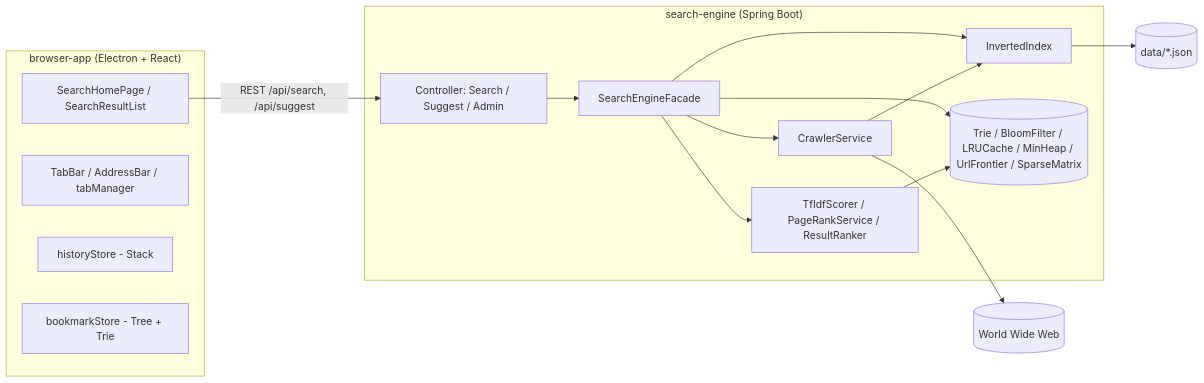
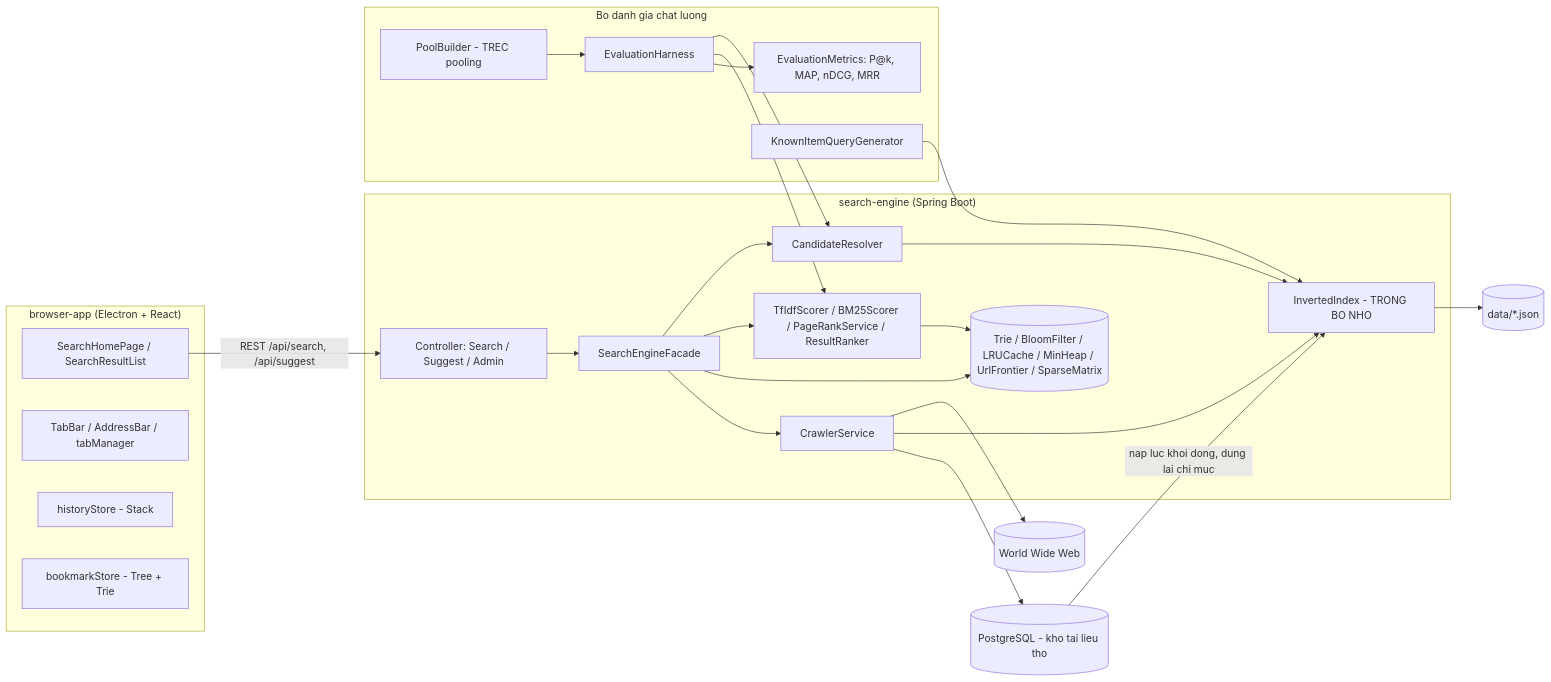
One commit to KietAnhCS/CocCoc-Plus changed the first of 2 diagrams in docs/ARCHITECTURE.md. Above: the diagram before and after it, drawn with Mermaid. The commit also changed other lines of this file and 5 other files, not shown here.

````diff
--- a/docs/ARCHITECTURE.md
+++ b/docs/ARCHITECTURE.md
@@ -5,32 +5,49 @@
 ```mermaid
 flowchart LR
     subgraph Electron["browser-app (Electron + React)"]
         UI[SearchHomePage / SearchResultList]
         Tabs[TabBar / AddressBar / tabManager]
         Hist[historyStore - Stack]
         Bkm[bookmarkStore - Tree + Trie]
     end
 
     subgraph Backend["search-engine (Spring Boot)"]
         Ctl[Controller: Search / Suggest / Admin]
         Facade[SearchEngineFacade]
         Crawl[CrawlerService]
-        Idx[InvertedIndex]
-        Rank[TfIdfScorer / PageRankService / ResultRanker]
+        Resolve[CandidateResolver]
+        Idx[InvertedIndex - TRONG BO NHO]
+        Rank[TfIdfScorer / BM25Scorer / PageRankService / ResultRanker]
         DS[(Trie / BloomFilter / LRUCache / MinHeap / UrlFrontier / SparseMatrix)]
+    end
+
+    subgraph Eval["Bo danh gia chat luong"]
+        Harness[EvaluationHarness]
+        Metrics[EvaluationMetrics: P@k, MAP, nDCG, MRR]
+        Known[KnownItemQueryGenerator]
+        Pool[PoolBuilder - TREC pooling]
     end
 
     Web[(World Wide Web)]
     Data[(data/*.json)]
+    PG[(PostgreSQL - kho tai lieu tho)]
 
     UI -->|REST /api/search, /api/suggest| Ctl
     Ctl --> Facade
-    Facade --> Idx
+    Facade --> Resolve
+    Resolve --> Idx
     Facade --> Rank
     Facade --> DS
     Crawl --> Web
     Facade --> Crawl
     Crawl --> Idx
     Idx --> Data
+    Crawl --> PG
+    PG -->|nap luc khoi dong, dung lai chi muc| Idx
     Rank --> DS
+    Harness --> Resolve
+    Harness --> Rank
+    Known --> Idx
+    Harness --> Metrics
+    Pool --> Harness
 ```
````
